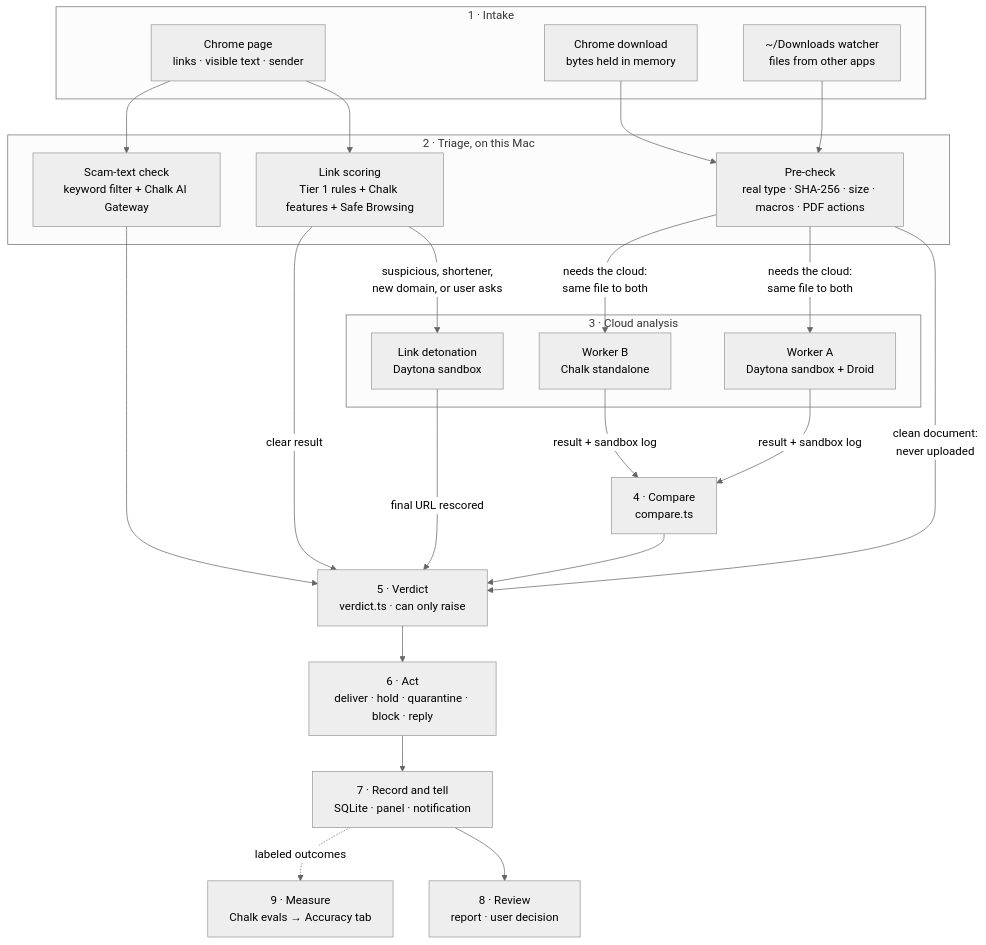
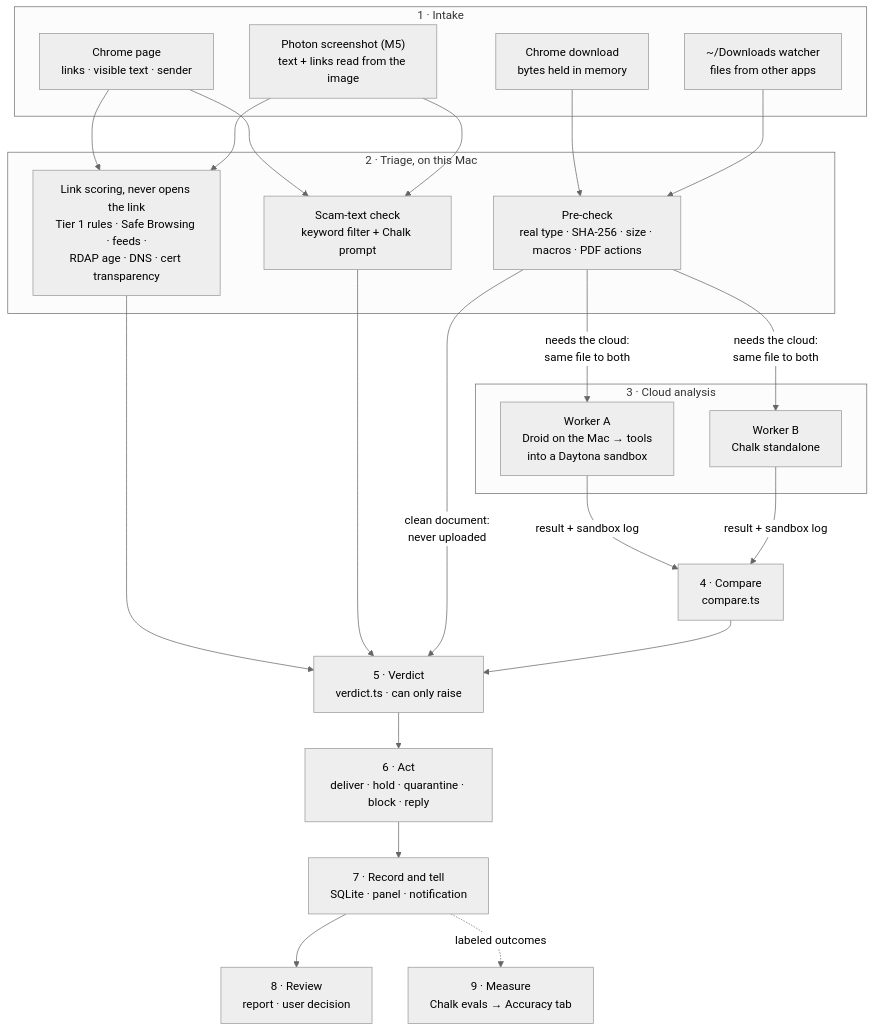
One commit to evandong1976/Aegis changed the fourth of 10 diagrams in docs/architectural.md. Above: the diagram before and after it, drawn with Mermaid (neutral theme). The commit also changed other lines of this file, not shown here.

First line of the commit message:
docs(architectural): Droid on the Mac, links judged without opening, Photon back in scope

````diff
--- a/docs/architectural.md
+++ b/docs/architectural.md
@@ -315,46 +335,46 @@
 ```mermaid
 flowchart TB
   subgraph IN["1 · Intake"]
     I1["Chrome page<br/>links · visible text · sender"]
     I2["Chrome download<br/>bytes held in memory"]
     I3["~/Downloads watcher<br/>files from other apps"]
+    I4["Photon screenshot (M5)<br/>text + links read from the image"]
   end
 
   subgraph TRI["2 · Triage, on this Mac"]
-    T1["Link scoring<br/>Tier 1 rules + Chalk features + Safe Browsing"]
-    T2["Scam-text check<br/>keyword filter + Chalk AI Gateway"]
+    T1["Link scoring, never opens the link<br/>Tier 1 rules · Safe Browsing · feeds ·<br/>RDAP age · DNS · cert transparency"]
+    T2["Scam-text check<br/>keyword filter + Chalk prompt"]
     T3["Pre-check<br/>real type · SHA-256 · size · macros · PDF actions"]
   end
 
   subgraph CLD["3 · Cloud analysis"]
-    WA["Worker A<br/>Daytona sandbox + Droid"]
+    WA["Worker A<br/>Droid on the Mac → tools<br/>into a Daytona sandbox"]
     WB["Worker B<br/>Chalk standalone"]
-    DET["Link detonation<br/>Daytona sandbox"]
   end
 
   CMP["4 · Compare<br/>compare.ts"]
   VER["5 · Verdict<br/>verdict.ts · can only raise"]
   ACT["6 · Act<br/>deliver · hold · quarantine · block · reply"]
   REC["7 · Record and tell<br/>SQLite · panel · notification"]
   REV["8 · Review<br/>report · user decision"]
   EV["9 · Measure<br/>Chalk evals → Accuracy tab"]
 
   I1 --> T1
   I1 --> T2
   I2 --> T3
   I3 --> T3
-  T1 -->|"suspicious, shortener,<br/>new domain, or user asks"| DET
-  DET -->|"final URL rescored"| VER
-  T1 -->|"clear result"| VER
+  I4 --> T1
+  I4 --> T2
+  T1 --> VER
   T2 --> VER
   T3 -->|"clean document:<br/>never uploaded"| VER
   T3 -->|"needs the cloud:<br/>same file to both"| WA
   T3 -->|"needs the cloud:<br/>same file to both"| WB
   WA -->|"result + sandbox log"| CMP
   WB -->|"result + sandbox log"| CMP
   CMP --> VER
   VER --> ACT
   ACT --> REC
   REC --> REV
   REC -.->|"labeled outcomes"| EV
 ```
````
